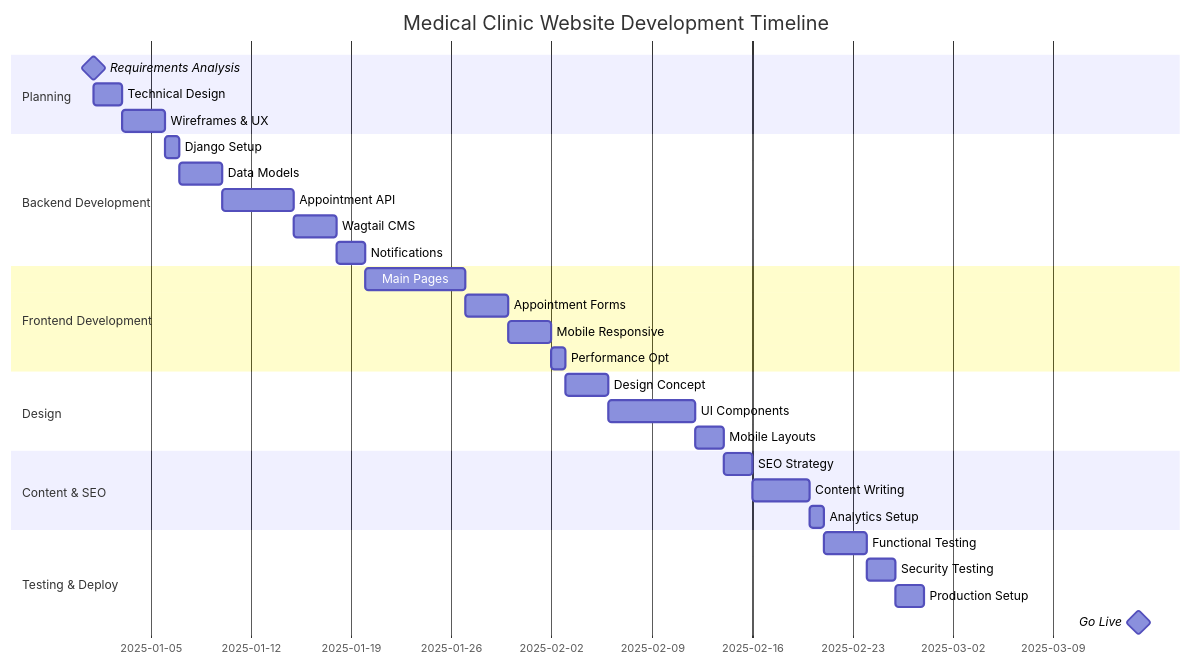
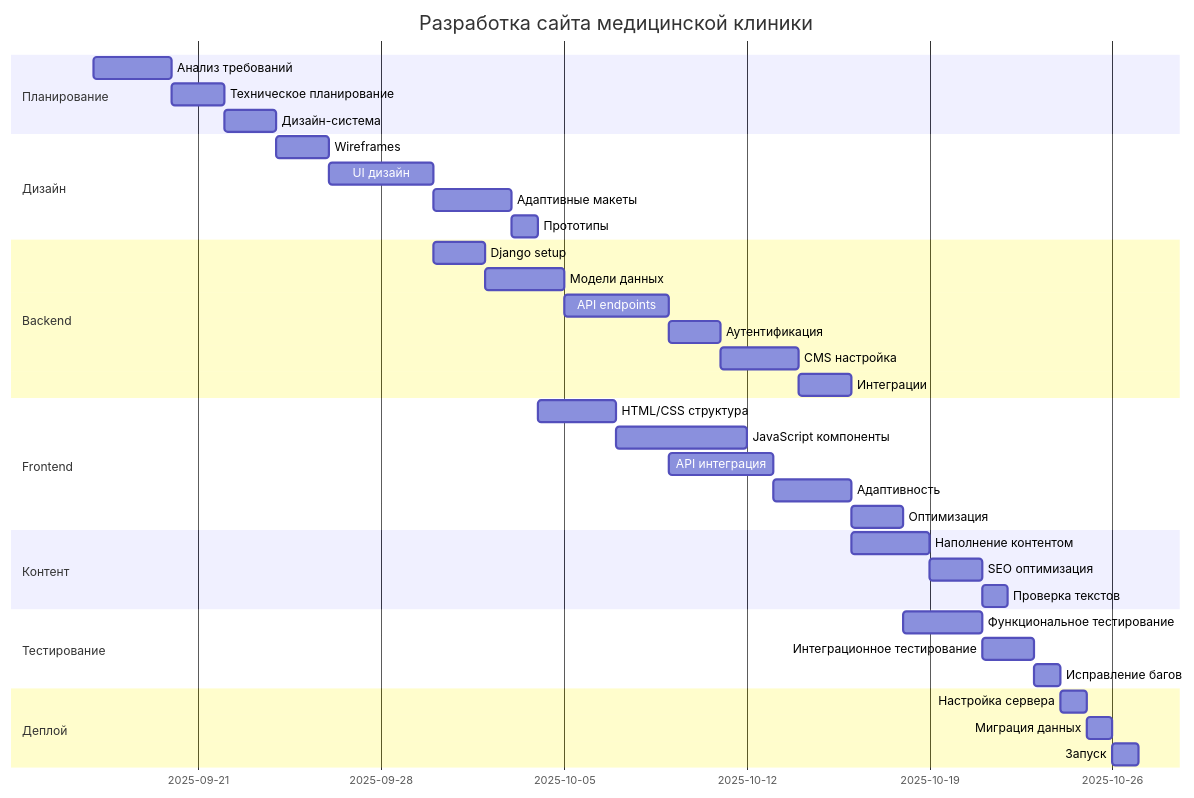
The first of 2 diagrams in docs/development-workflow.md (zaebee/medicine), drawn with Mermaid before and after one commit. The commit also changed other lines of this file and 18 other files, not shown here.

````diff
--- a/docs/development-workflow.md
+++ b/docs/development-workflow.md
@@ -5,38 +47,45 @@
 ```mermaid
 gantt
-    title Medical Clinic Website Development Timeline
+    title Разработка сайта медицинской клиники
     dateFormat  YYYY-MM-DD
-    section Planning
-    Requirements Analysis    :milestone, m1, 2025-01-01, 0d
-    Technical Design        :2d
-    Wireframes & UX         :3d
+    section Планирование
+    Анализ требований          :planning1, 2025-09-17, 3d
+    Техническое планирование   :planning2, after planning1, 2d
+    Дизайн-система            :planning3, after planning2, 2d
 
-    section Backend Development
-    Django Setup           :1d
-    Data Models           :3d
-    Appointment API       :5d
-    Wagtail CMS          :3d
-    Notifications        :2d
+    section Дизайн
+    Wireframes                :design1, after planning3, 2d
+    UI дизайн                 :design2, after design1, 4d
+    Адаптивные макеты         :design3, after design2, 3d
+    Прототипы                 :design4, after design3, 1d
 
-    section Frontend Development
-    Main Pages           :7d
-    Appointment Forms    :3d
-    Mobile Responsive    :3d
-    Performance Opt      :1d
+    section Backend
+    Django setup              :backend1, after design2, 2d
+    Модели данных             :backend2, after backend1, 3d
+    API endpoints             :backend3, after backend2, 4d
+    Аутентификация           :backend4, after backend3, 2d
+    CMS настройка            :backend5, after backend4, 3d
+    Интеграции               :backend6, after backend5, 2d
 
-    section Design
-    Design Concept       :3d
-    UI Components        :6d
-    Mobile Layouts       :2d
+    section Frontend
+    HTML/CSS структура        :frontend1, after design4, 3d
+    JavaScript компоненты     :frontend2, after frontend1, 5d
+    API интеграция           :frontend3, after backend3, 4d
+    Адаптивность             :frontend4, after frontend3, 3d
+    Оптимизация              :frontend5, after frontend4, 2d
 
-    section Content & SEO
-    SEO Strategy        :2d
-    Content Writing     :4d
-    Analytics Setup     :1d
+    section Контент
+    Наполнение контентом      :content1, after frontend4, 3d
+    SEO оптимизация          :content2, after content1, 2d
+    Проверка текстов         :content3, after content2, 1d
 
-    section Testing & Deploy
-    Functional Testing  :3d
-    Security Testing    :2d
-    Production Setup    :2d
-    Go Live            :milestone, m2, 2025-03-15, 0d
+    section Тестирование
+    Функциональное тестирование :testing1, after frontend5, 3d
+    Интеграционное тестирование :testing2, after testing1, 2d
+    Исправление багов        :testing3, after testing2, 1d
+
+    section Деплой
+    Настройка сервера        :deploy1, after testing3, 1d
+    Миграция данных          :deploy2, after deploy1, 1d
+    Запуск                   :deploy3, after deploy2, 1d
 ```
````
